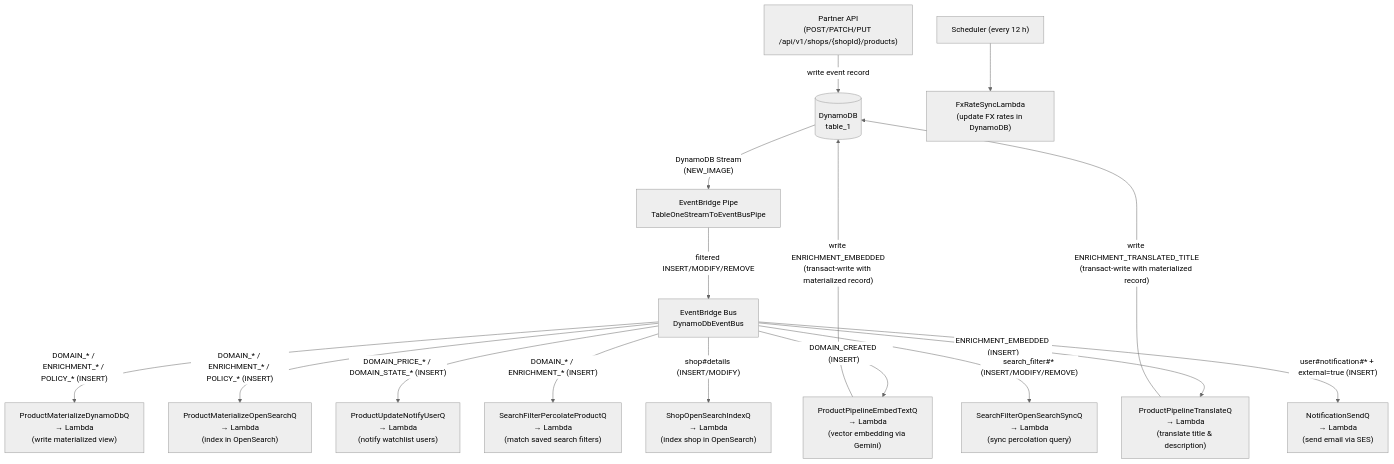
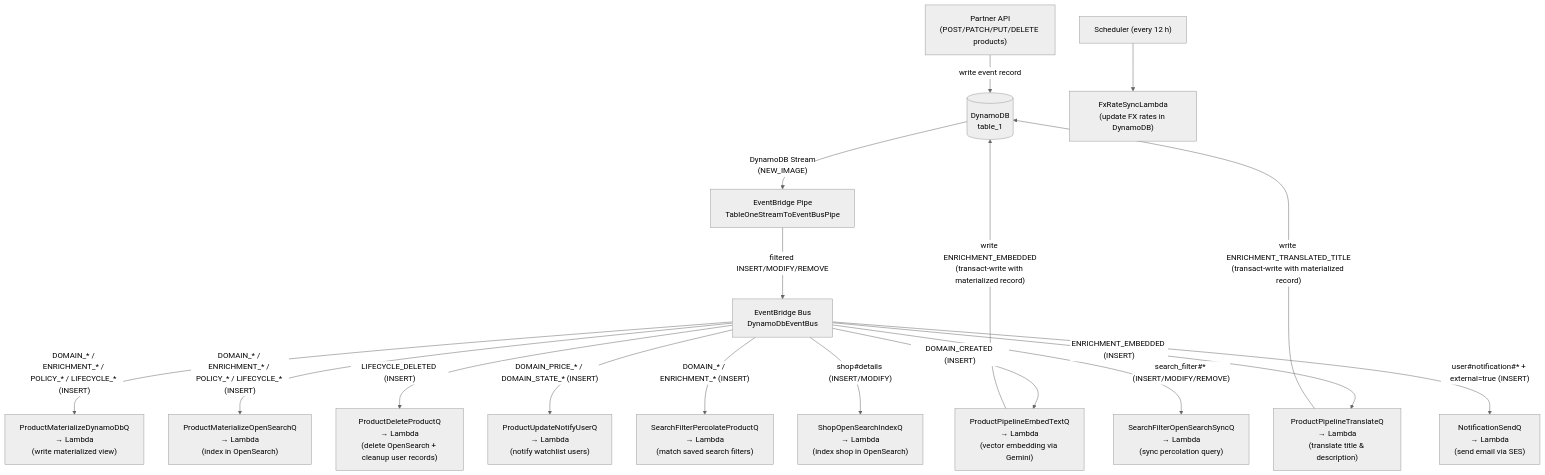
The first of 2 diagrams in docs/events/flow.md (aura-historia/backend), drawn with Mermaid (neutral theme) before and after one commit. The commit also changed other lines of this file and 88 other files, not shown here.

Commit message:
feat(#1053): delete products as partner or admin (#1294)

````diff
--- a/docs/events/flow.md
+++ b/docs/events/flow.md
@@ -32,37 +33,38 @@
 ```mermaid
 flowchart TD
-    API["Partner API\n(POST/PATCH/PUT /api/v1/shops/{shopId}/products)"]
+    API["Partner API\n(POST/PATCH/PUT/DELETE products)"]
     DB[("DynamoDB\ntable_1")]
     PIPE["EventBridge Pipe\nTableOneStreamToEventBusPipe"]
     BUS["EventBridge Bus\nDynamoDbEventBus"]
 
     API -->|"write event record"| DB
     DB -->|"DynamoDB Stream\n(NEW_IMAGE)"| PIPE
     PIPE -->|"filtered INSERT/MODIFY/REMOVE"| BUS
 
     %% Materialization
-    BUS -->|"DOMAIN_* / ENRICHMENT_* / POLICY_* (INSERT)"| MatDDB["ProductMaterializeDynamoDbQ\n→ Lambda\n(write materialized view)"]
-    BUS -->|"DOMAIN_* / ENRICHMENT_* / POLICY_* (INSERT)"| MatOS["ProductMaterializeOpenSearchQ\n→ Lambda\n(index in OpenSearch)"]
+    BUS -->|"DOMAIN_* / ENRICHMENT_* / POLICY_* / LIFECYCLE_* (INSERT)"| MatDDB["ProductMaterializeDynamoDbQ\n→ Lambda\n(write materialized view)"]
+    BUS -->|"DOMAIN_* / ENRICHMENT_* / POLICY_* / LIFECYCLE_* (INSERT)"| MatOS["ProductMaterializeOpenSearchQ\n→ Lambda\n(index in OpenSearch)"]
+    BUS -->|"LIFECYCLE_DELETED (INSERT)"| DeleteProduct["ProductDeleteProductQ\n→ Lambda\n(delete OpenSearch + cleanup user records)"]
 
     %% User notifications (only price & state changes)
     BUS -->|"DOMAIN_PRICE_* / DOMAIN_STATE_* (INSERT)"| NotifyUser["ProductUpdateNotifyUserQ\n→ Lambda\n(notify watchlist users)"]
     BUS -->|"DOMAIN_* / ENRICHMENT_* (INSERT)"| Percolate["SearchFilterPercolateProductQ\n→ Lambda\n(match saved search filters)"]
 
     %% Enrichment pipeline (chained: embed-text fires first, translate fires second)
     BUS -->|"DOMAIN_CREATED (INSERT)"| EmbedText["ProductPipelineEmbedTextQ\n→ Lambda\n(vector embedding via Gemini)"]
     BUS -->|"ENRICHMENT_EMBEDDED (INSERT)"| Translate["ProductPipelineTranslateQ\n→ Lambda\n(translate title & description)"]
 
     %% Enrichment pipeline writes back to DynamoDB
     EmbedText -->|"write ENRICHMENT_EMBEDDED\n(transact-write with materialized record)"| DB
     Translate -->|"write ENRICHMENT_TRANSLATED_TITLE\n(transact-write with materialized record)"| DB
 
     %% Shop & search filter sync
     BUS -->|"shop#details (INSERT/MODIFY)"| ShopOS["ShopOpenSearchIndexQ\n→ Lambda\n(index shop in OpenSearch)"]
     BUS -->|"search_filter#* (INSERT/MODIFY/REMOVE)"| SFSync["SearchFilterOpenSearchSyncQ\n→ Lambda\n(sync percolation query)"]
 
     %% External notification send
     BUS -->|"user#notification#* + external=true (INSERT)"| SendNotif["NotificationSendQ\n→ Lambda\n(send email via SES)"]
 
     %% Scheduled
     SCHED2["Scheduler (every 12 h)"] --> FxRate["FxRateSyncLambda\n(update FX rates in DynamoDB)"]
 ```
````
